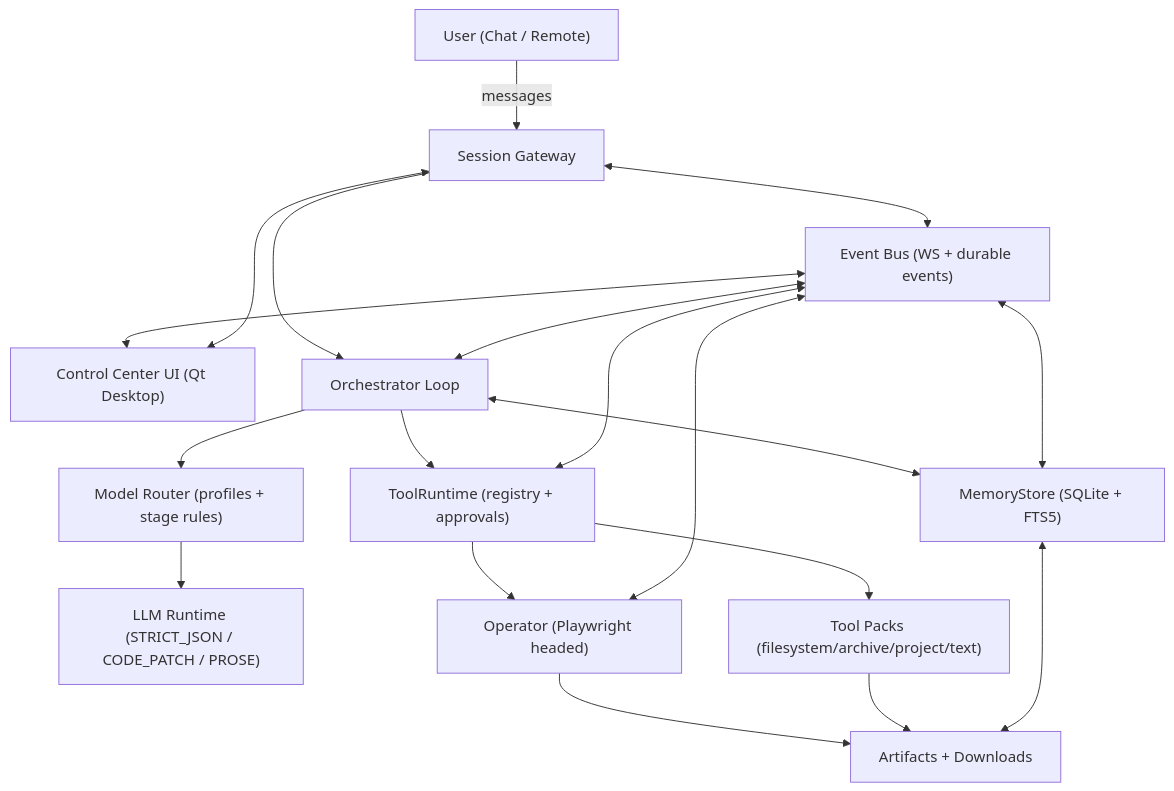
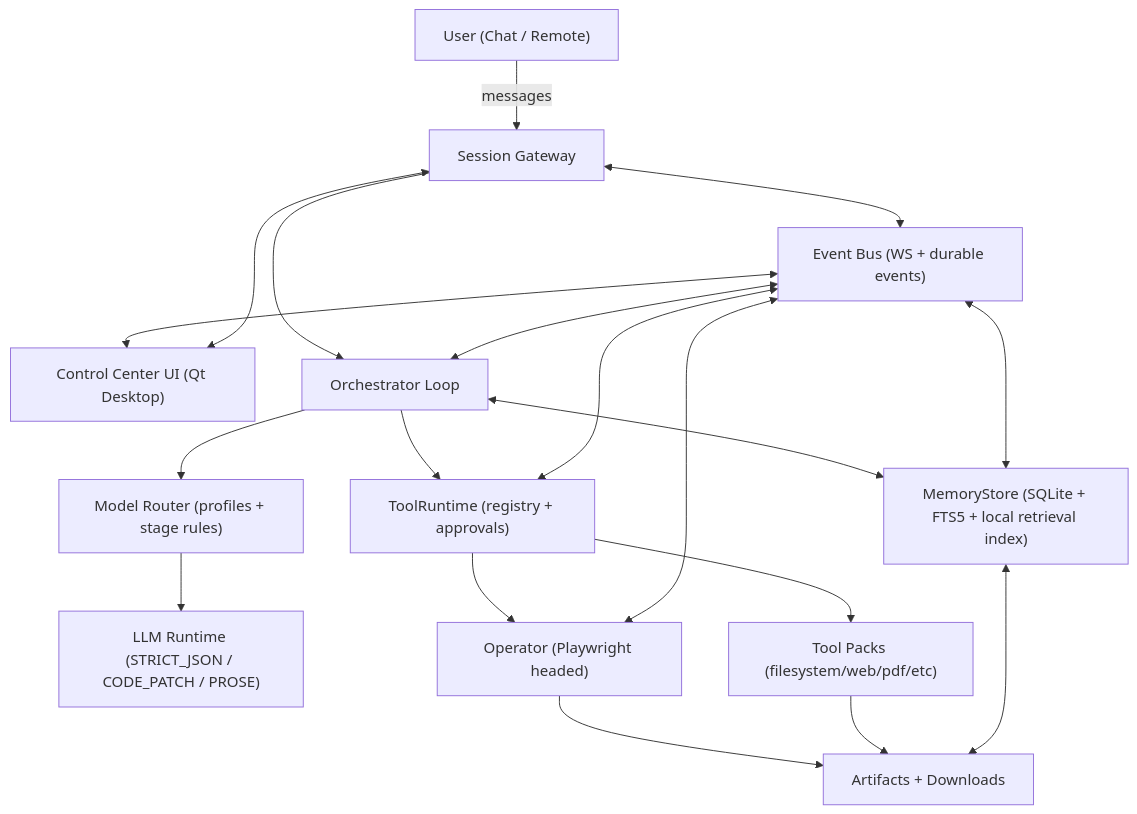
One commit to Janonymous0125/StarkAssistant changed the first of 7 diagrams in README.md. Above: the diagram before and after it, drawn with Mermaid. The commit also changed other lines of this file, not shown here.

````diff
--- a/README.md
+++ b/README.md
@@ -84,23 +84,23 @@
 ```mermaid
 flowchart TD
   User["User (Chat / Remote)"] -->|messages| GW[Session Gateway]
   UI["Control Center UI (Qt Desktop)"] <--> GW
   GW <--> EB["Event Bus (WS + durable events)"]
 
   GW --> ORCH[Orchestrator Loop]
-  ORCH <--> MEM["MemoryStore (SQLite + FTS5)"]
+  ORCH <--> MEM["MemoryStore (SQLite + FTS5 + local retrieval index)"]
   ORCH --> ROUTER["Model Router (profiles + stage rules)"]
   ROUTER --> LLMRT["LLM Runtime (STRICT_JSON / CODE_PATCH / PROSE)"]
   ORCH --> TR["ToolRuntime (registry + approvals)"]
   TR --> OPS["Operator (Playwright headed)"]
-  TR --> TP["Tool Packs (filesystem/archive/project/text)"]
+  TR --> TP["Tool Packs (filesystem/web/pdf/etc)"]
   OPS --> ART[Artifacts + Downloads]
   TP --> ART
   MEM <--> ART
 
   EB <--> ORCH
   EB <--> MEM
   EB <--> TR
   EB <--> OPS
   EB <--> UI
 ```
````
